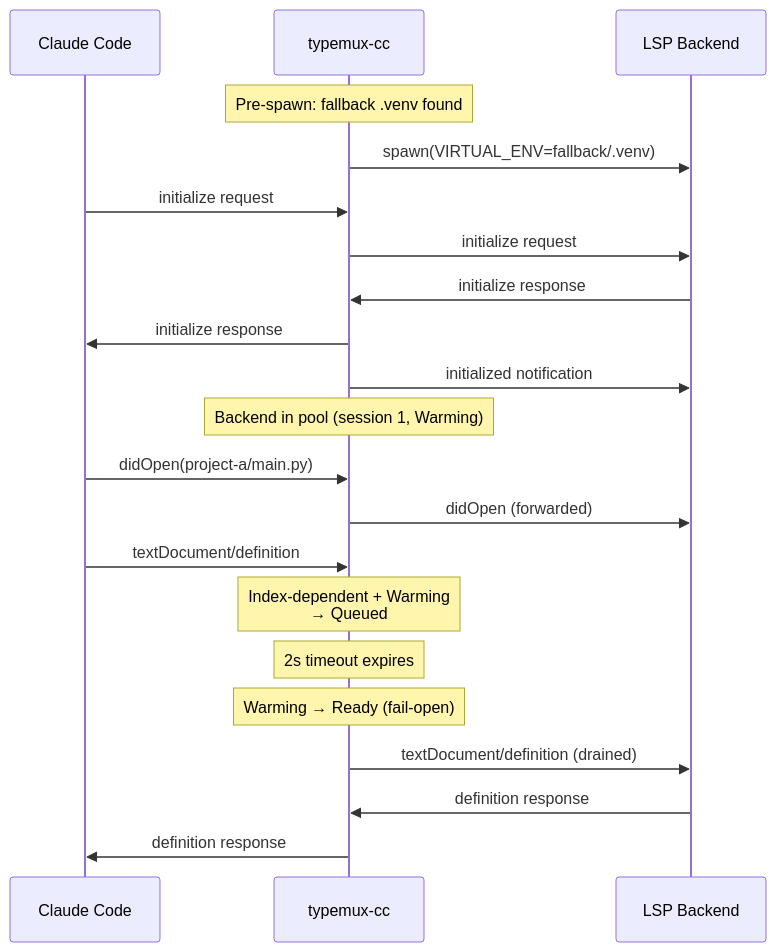
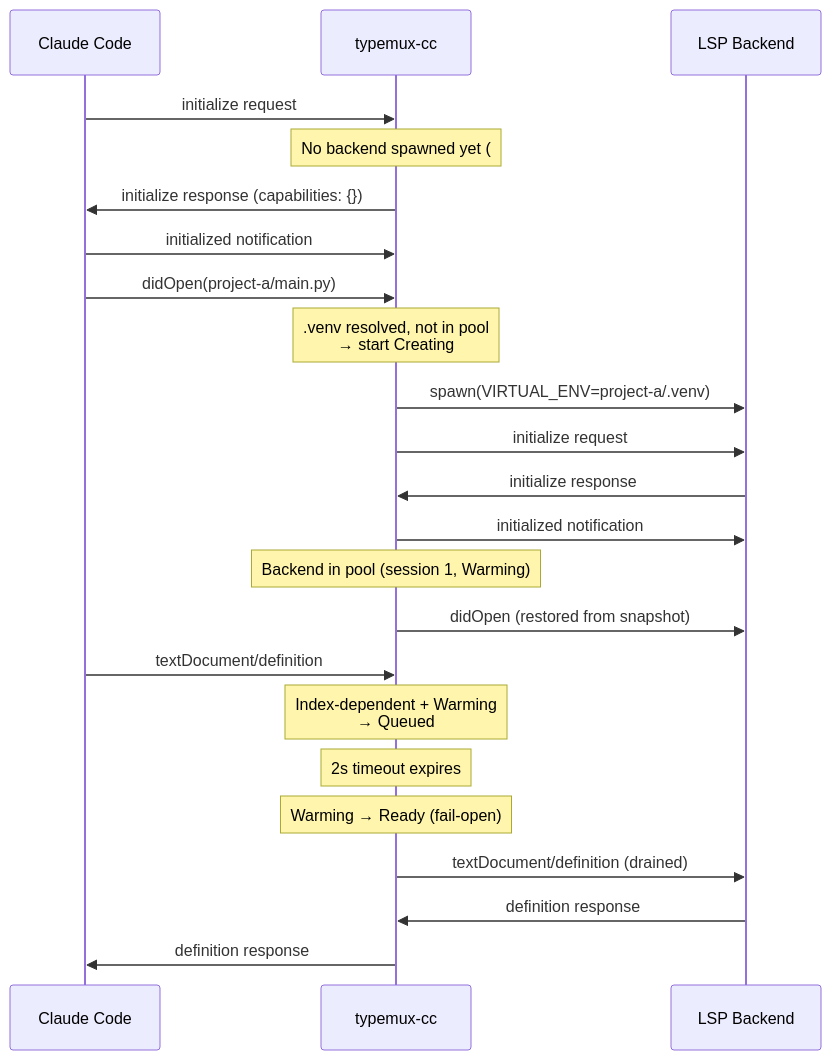
One commit to K-dash/pyright-lsp-proxy changed the fourth of 7 diagrams in docs/ARCHITECTURE.md. Above: the diagram before and after it, drawn with Mermaid. The commit also changed other lines of this file and 15 other files, not shown here.

First line of the commit message:
fix: answer initialize instantly and create the first backend lazily (#140) (#142)

````diff
--- a/docs/ARCHITECTURE.md
+++ b/docs/ARCHITECTURE.md
@@ -379,30 +391,30 @@
 ```mermaid
 sequenceDiagram
     participant Client as Claude Code
     participant Proxy as typemux-cc
     participant Backend as LSP Backend
 
-    Note over Proxy: Pre-spawn: fallback .venv found
+    Client->>Proxy: initialize request
+    Note over Proxy: No backend spawned yet (#140)
+    Proxy->>Client: initialize response (capabilities: {})
 
-    Proxy->>Backend: spawn(VIRTUAL_ENV=fallback/.venv)
+    Client->>Proxy: initialized notification
 
-    Client->>Proxy: initialize request
+    Client->>Proxy: didOpen(project-a/main.py)
+    Note over Proxy: .venv resolved, not in pool<br/>→ start Creating
+    Proxy->>Backend: spawn(VIRTUAL_ENV=project-a/.venv)
     Proxy->>Backend: initialize request
     Backend->>Proxy: initialize response
-    Proxy->>Client: initialize response
     Proxy->>Backend: initialized notification
-
     Note over Proxy: Backend in pool (session 1, Warming)
-
-    Client->>Proxy: didOpen(project-a/main.py)
-    Proxy->>Backend: didOpen (forwarded)
+    Proxy->>Backend: didOpen (restored from snapshot)
 
     Client->>Proxy: textDocument/definition
     Note over Proxy: Index-dependent + Warming<br/>→ Queued
 
     Note over Proxy: 2s timeout expires
     Note over Proxy: Warming → Ready (fail-open)
     Proxy->>Backend: textDocument/definition (drained)
     Backend->>Proxy: definition response
     Proxy->>Client: definition response
 ```
````
